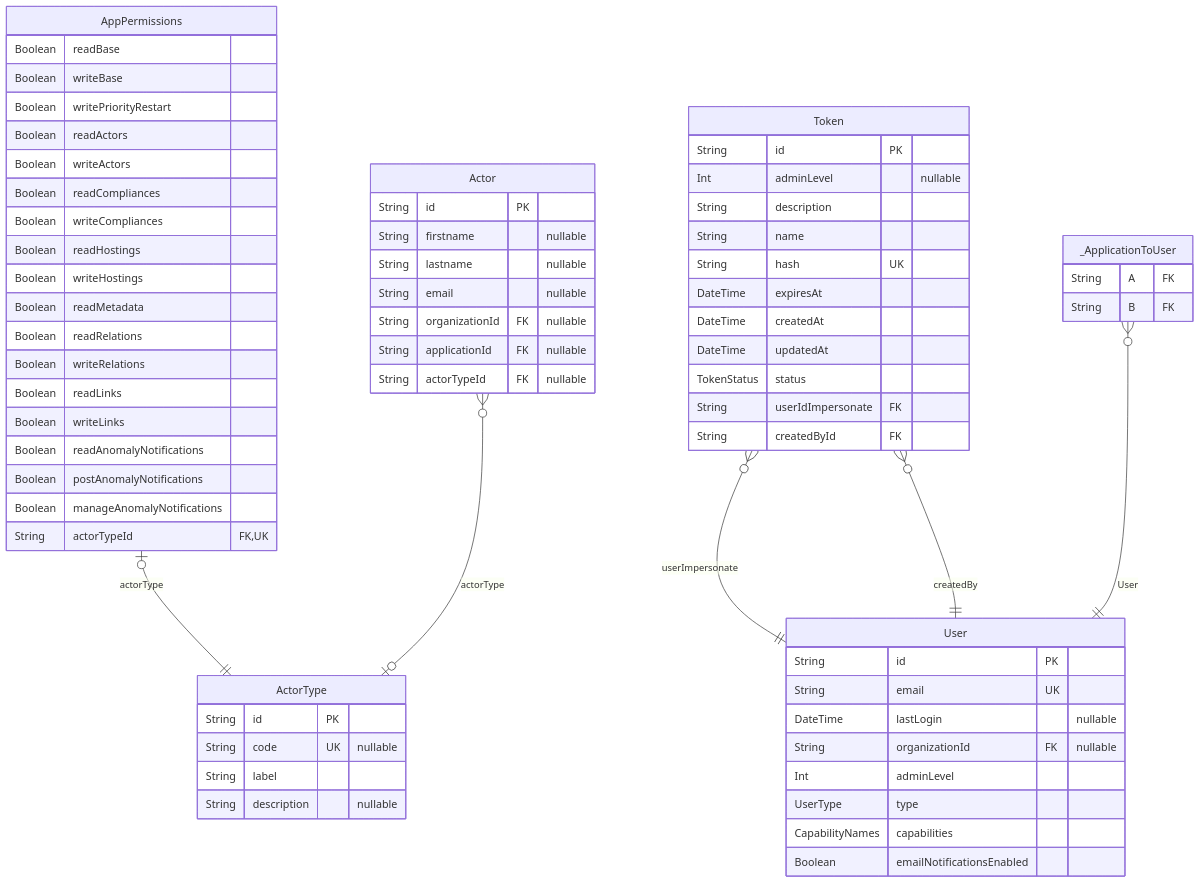
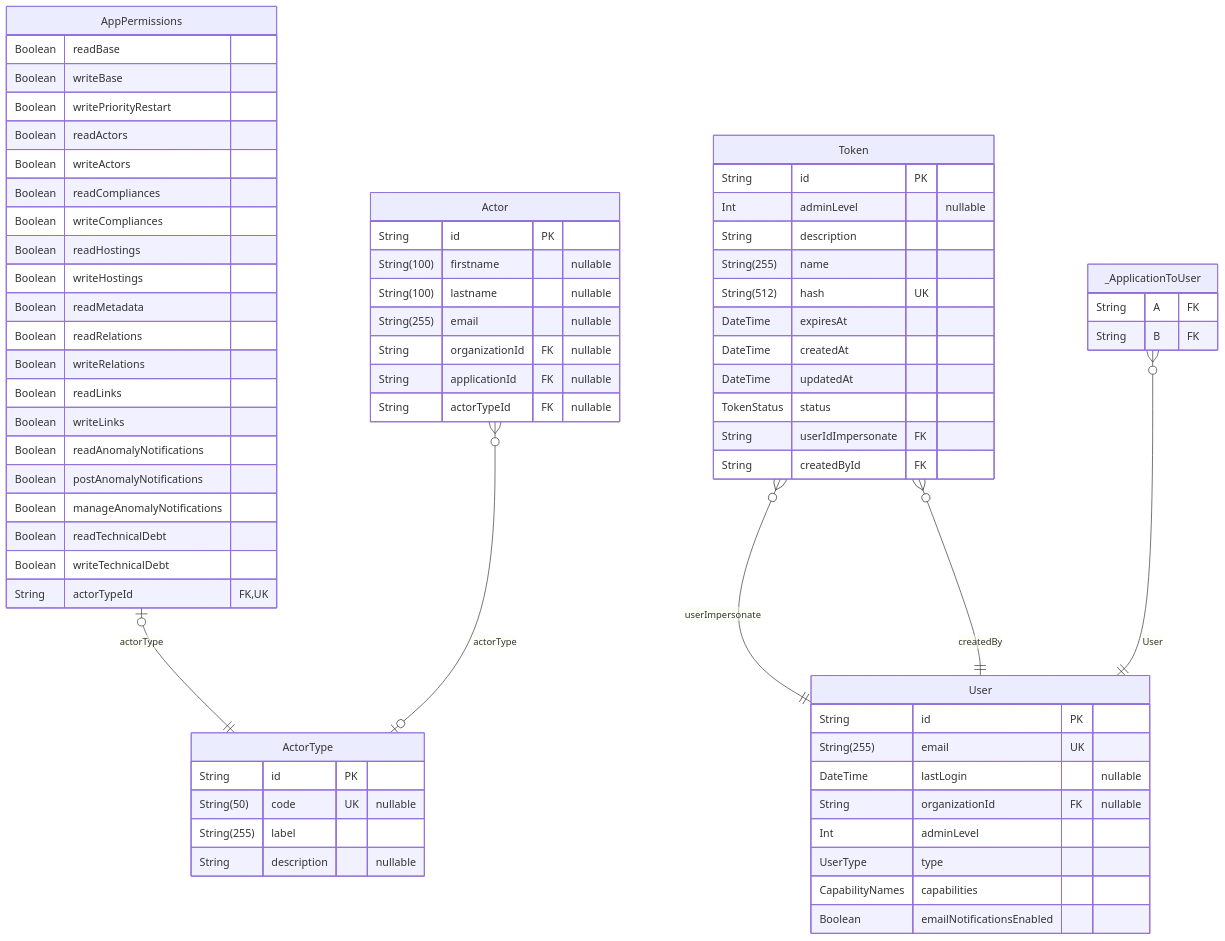
Before and after one commit to dnum-mi/referentiel-applications: the seventh of 8 diagrams in backend/prisma/docs/schema.md, drawn with Mermaid. The commit also changed other lines of this file and 9 other files, not shown here.

````diff
--- a/backend/prisma/docs/schema.md
+++ b/backend/prisma/docs/schema.md
@@ -495,70 +495,72 @@
 ```mermaid
 erDiagram
 "AppPermissions" {
   Boolean readBase
   Boolean writeBase
   Boolean writePriorityRestart
   Boolean readActors
   Boolean writeActors
   Boolean readCompliances
   Boolean writeCompliances
   Boolean readHostings
   Boolean writeHostings
   Boolean readMetadata
   Boolean readRelations
   Boolean writeRelations
   Boolean readLinks
   Boolean writeLinks
   Boolean readAnomalyNotifications
   Boolean postAnomalyNotifications
   Boolean manageAnomalyNotifications
+  Boolean readTechnicalDebt
+  Boolean writeTechnicalDebt
   String actorTypeId FK,UK
 }
 "Token" {
   String id PK
   Int adminLevel "nullable"
   String description
-  String name
-  String hash UK
+  String(255) name
+  String(512) hash UK
   DateTime expiresAt
   DateTime createdAt
   DateTime updatedAt
   TokenStatus status
   String userIdImpersonate FK
   String createdById FK
 }
 "User" {
   String id PK
-  String email UK
+  String(255) email UK
   DateTime lastLogin "nullable"
   String organizationId FK "nullable"
   Int adminLevel
   UserType type
   CapabilityNames capabilities
   Boolean emailNotificationsEnabled
 }
 "Actor" {
   String id PK
-  String firstname "nullable"
-  String lastname "nullable"
-  String email "nullable"
+  String(100) firstname "nullable"
+  String(100) lastname "nullable"
+  String(255) email "nullable"
   String organizationId FK "nullable"
   String applicationId FK "nullable"
   String actorTypeId FK "nullable"
 }
 "ActorType" {
   String id PK
-  String code UK "nullable"
-  String label
+  String(50) code UK "nullable"
+  String(255) label
   String description "nullable"
 }
 "_ApplicationToUser" {
   String A FK
   String B FK
 }
 "AppPermissions" |o--|| "ActorType" : actorType
 "Token" }o--|| "User" : userImpersonate
 "Token" }o--|| "User" : createdBy
 "Actor" }o--o| "ActorType" : actorType
 "_ApplicationToUser" }o--|| "User" : User
 ```
````
